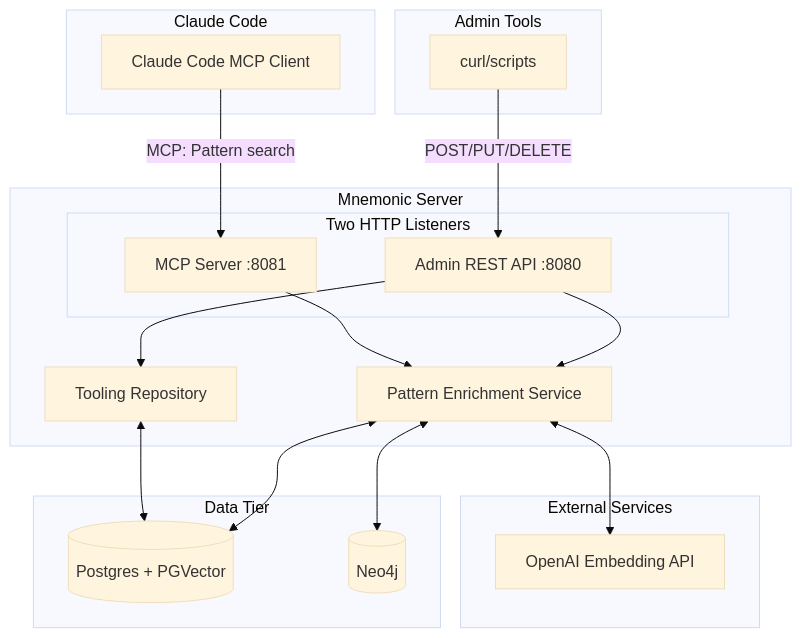
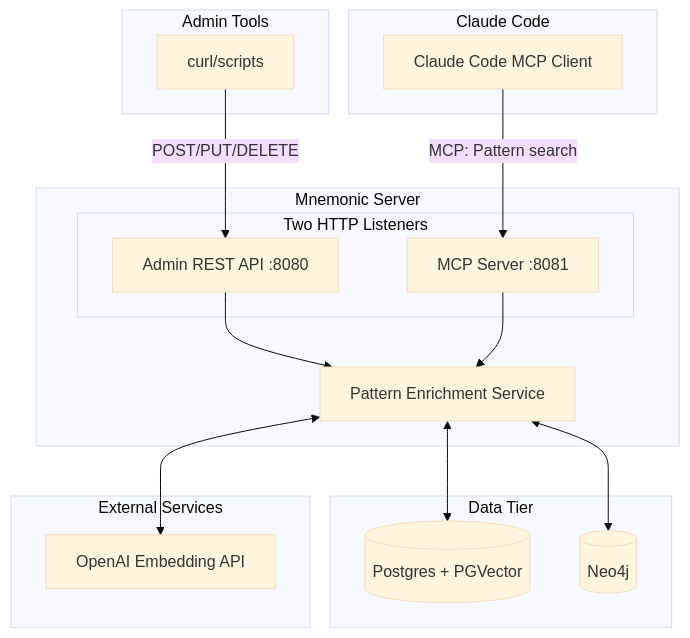
One commit to twistingmercury/mnemonic-docs changed the first of 6 diagrams in docs/architecture/system/02-system-architecture.md. Above: the diagram before and after it, drawn with Mermaid (base theme). The commit also changed other lines of this file and 8 other files, not shown here.

````diff
--- a/docs/architecture/system/02-system-architecture.md
+++ b/docs/architecture/system/02-system-architecture.md
@@ -26,38 +26,35 @@
 ```mermaid
 graph TB
     subgraph "Claude Code"
         CC[Claude Code MCP Client]
     end
 
     subgraph "Admin Tools"
         CURL[curl/scripts]
     end
 
     subgraph "Mnemonic Server"
         subgraph "Two HTTP Listeners"
             ADMIN[Admin REST API :8080]
             MCP[MCP Server :8081]
         end
         PATTERN[Pattern Enrichment Service]
-        TOOLING[Tooling Repository]
     end
 
     subgraph "Data Tier"
         PG[(Postgres + PGVector)]
         NEO[(Neo4j)]
     end
 
     subgraph "External Services"
         OPENAI[OpenAI Embedding API]
     end
 
     CURL -->|"POST/PUT/DELETE"| ADMIN
     CC -->|"MCP: Pattern search"| MCP
     ADMIN --> PATTERN
-    ADMIN --> TOOLING
     MCP --> PATTERN
     PATTERN <--> PG
     PATTERN <--> NEO
-    TOOLING <--> PG
     PATTERN <--> OPENAI
 ```
````
